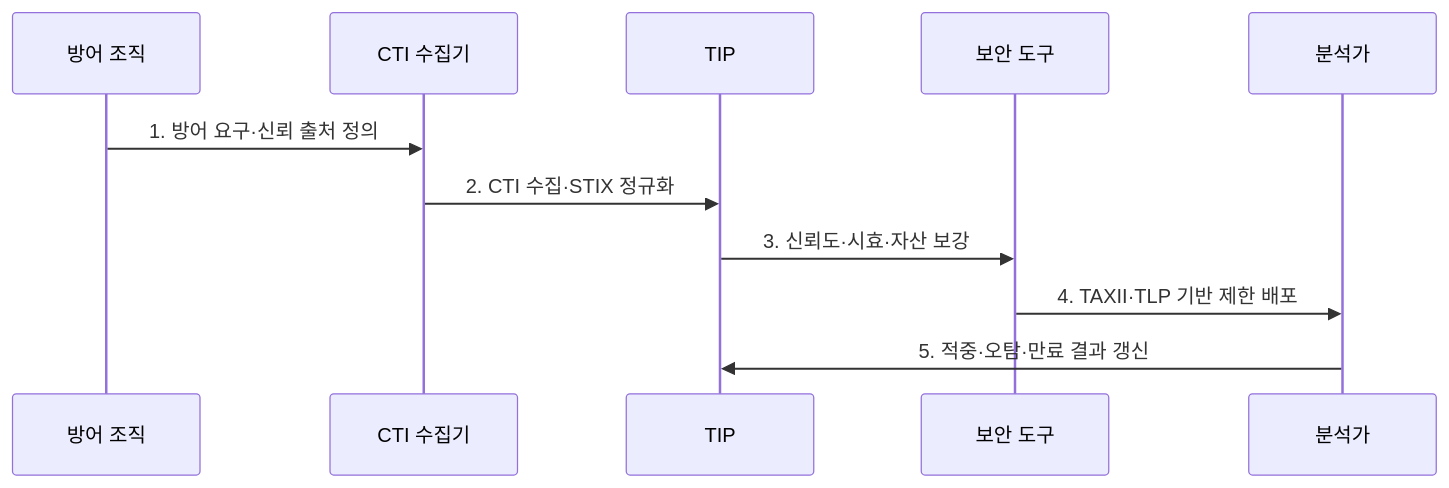
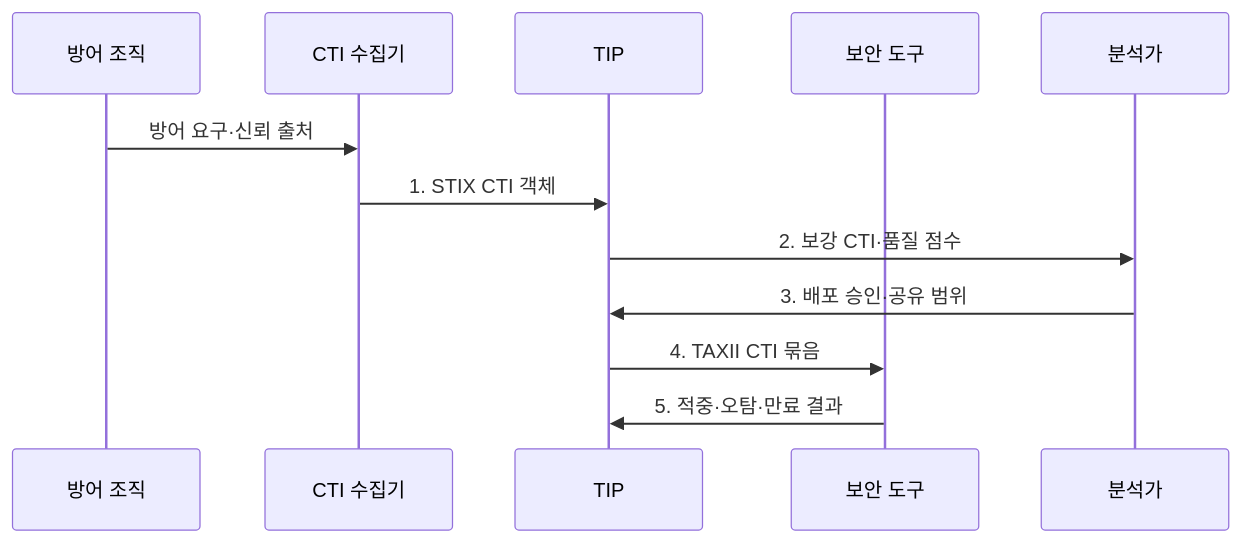
The second of 2 diagrams in src/content/docs/notes/05-security/122_cti_automation.md (agnusdei1207/knowledge-base), drawn with Mermaid before and after one commit. The commit also changed other lines of this file and 20 other files, not shown here.

````diff
--- a/src/content/docs/notes/05-security/122_cti_automation.md
+++ b/src/content/docs/notes/05-security/122_cti_automation.md
@@ -79,13 +79,14 @@
 ```mermaid
 sequenceDiagram
   participant D as 방어 조직
   participant C as CTI 수집기
   participant T as TIP
   participant S as 보안 도구
   participant A as 분석가
-  D->>C: 1. 방어 요구·신뢰 출처 정의
-  C->>T: 2. CTI 수집·STIX 정규화
-  T->>S: 3. 신뢰도·시효·자산 보강
-  S->>A: 4. TAXII·TLP 기반 제한 배포
-  A->>T: 5. 적중·오탐·만료 결과 갱신
+  D->>C: 방어 요구·신뢰 출처
+  C->>T: 1. STIX CTI 객체
+  T->>A: 2. 보강 CTI·품질 점수
+  A->>T: 3. 배포 승인·공유 범위
+  T->>S: 4. TAXII CTI 묶음
+  S->>T: 5. 적중·오탐·만료 결과
 ```
````
